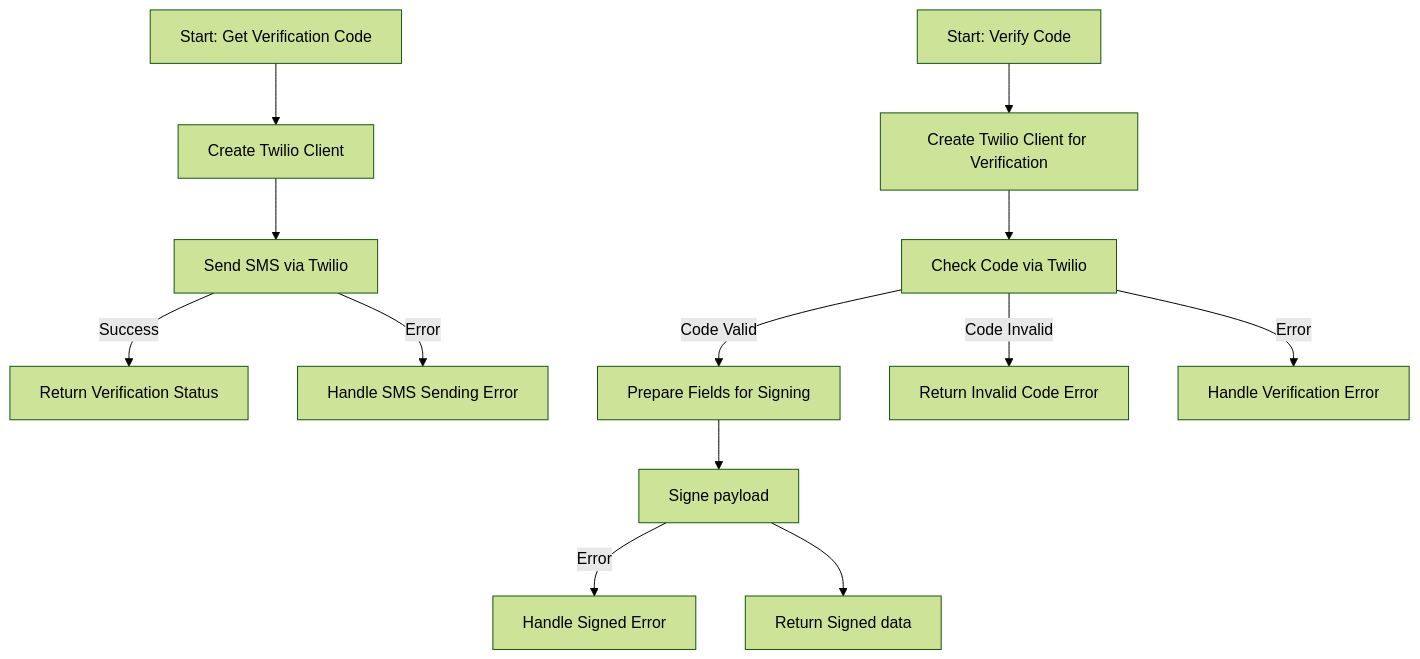
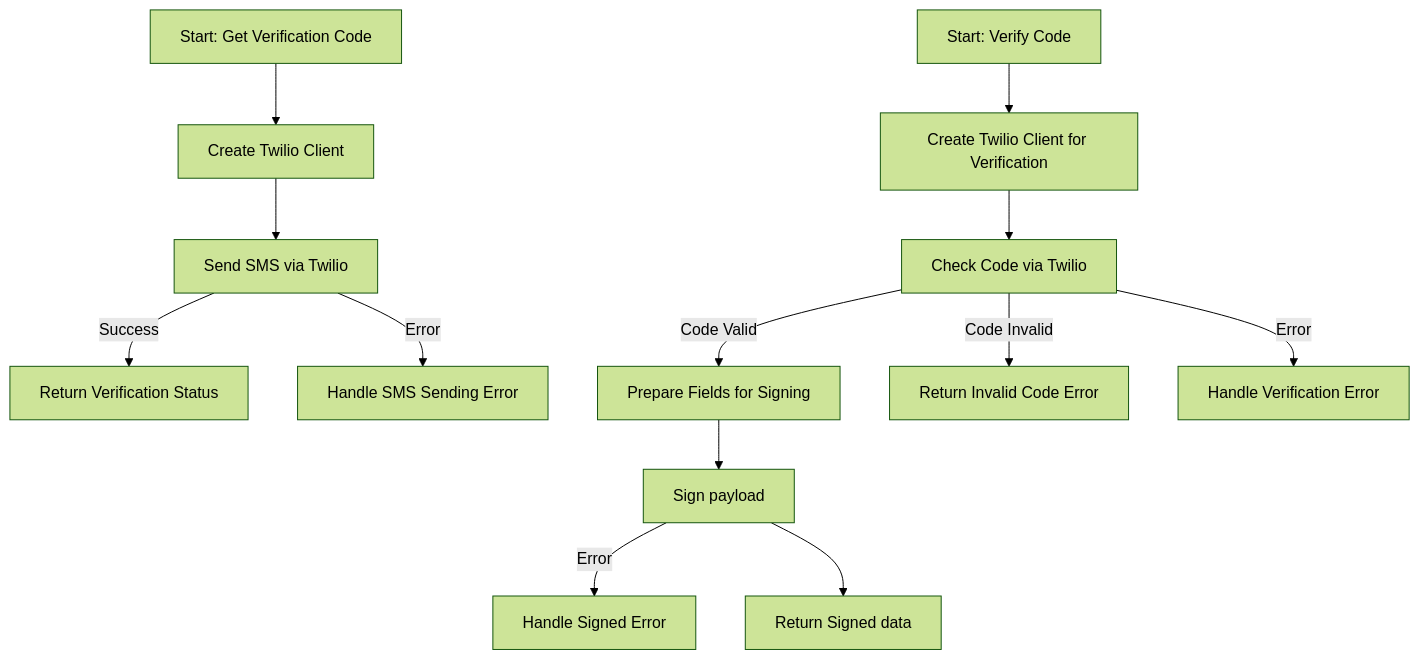
The third of 3 diagrams in README.md (zguesmi/PRENDICO), drawn with Mermaid (forest theme) before and after one commit. The commit also changed other lines of this file, not shown here.

````diff
--- a/README.md
+++ b/README.md
@@ -127,16 +127,16 @@
 ```mermaid
 graph TD
     A[Start: Get Verification Code] --> B[Create Twilio Client]
     B --> C[Send SMS via Twilio]
     C -->|Success| D[Return Verification Status]
     C -->|Error| E[Handle SMS Sending Error]
 
     F[Start: Verify Code] --> G[Create Twilio Client for Verification]
     G --> H[Check Code via Twilio]
     H -->|Code Valid| I[Prepare Fields for Signing]
     H -->|Code Invalid| J[Return Invalid Code Error]
-    I --> K[Signe payload]
+    I --> K[Sign payload]
     K -->|Error| L[Handle Signed Error]
     K --> M[Return Signed data]
     H -->|Error| N[Handle Verification Error]
 ```
````
